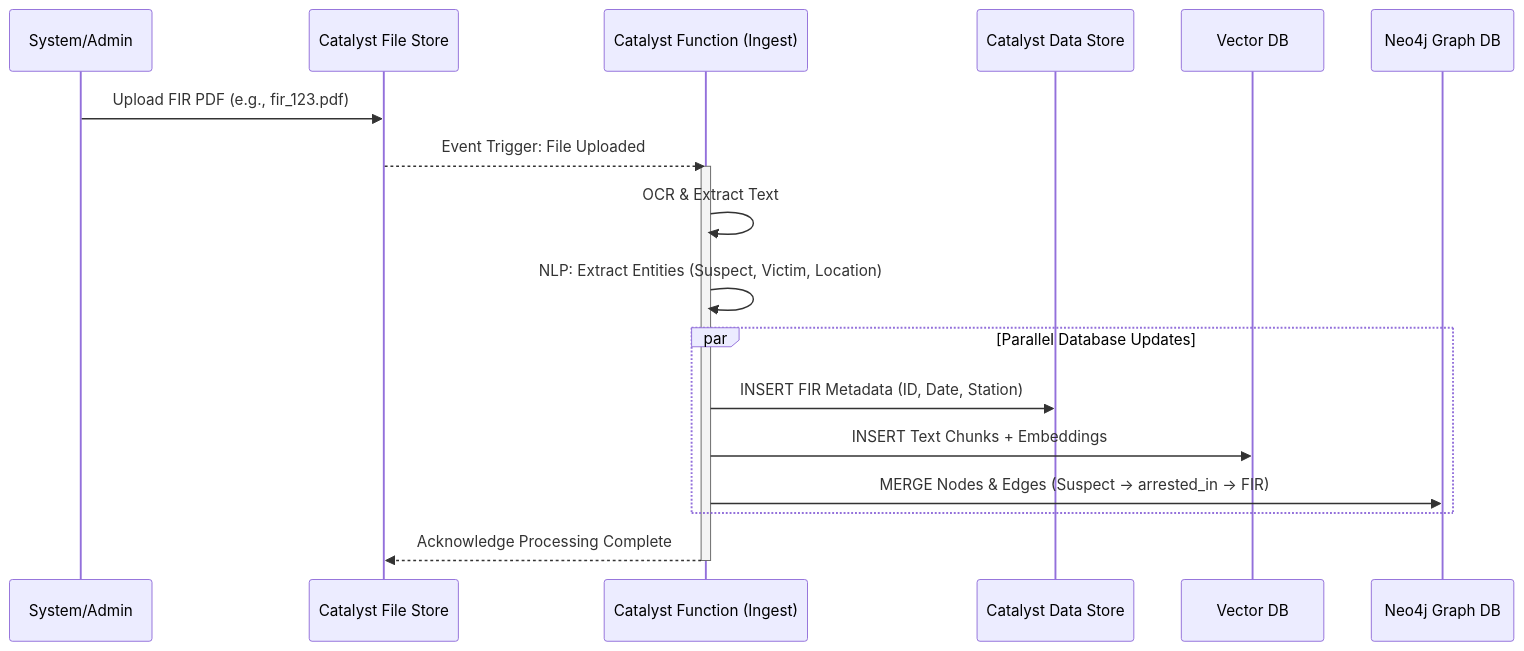
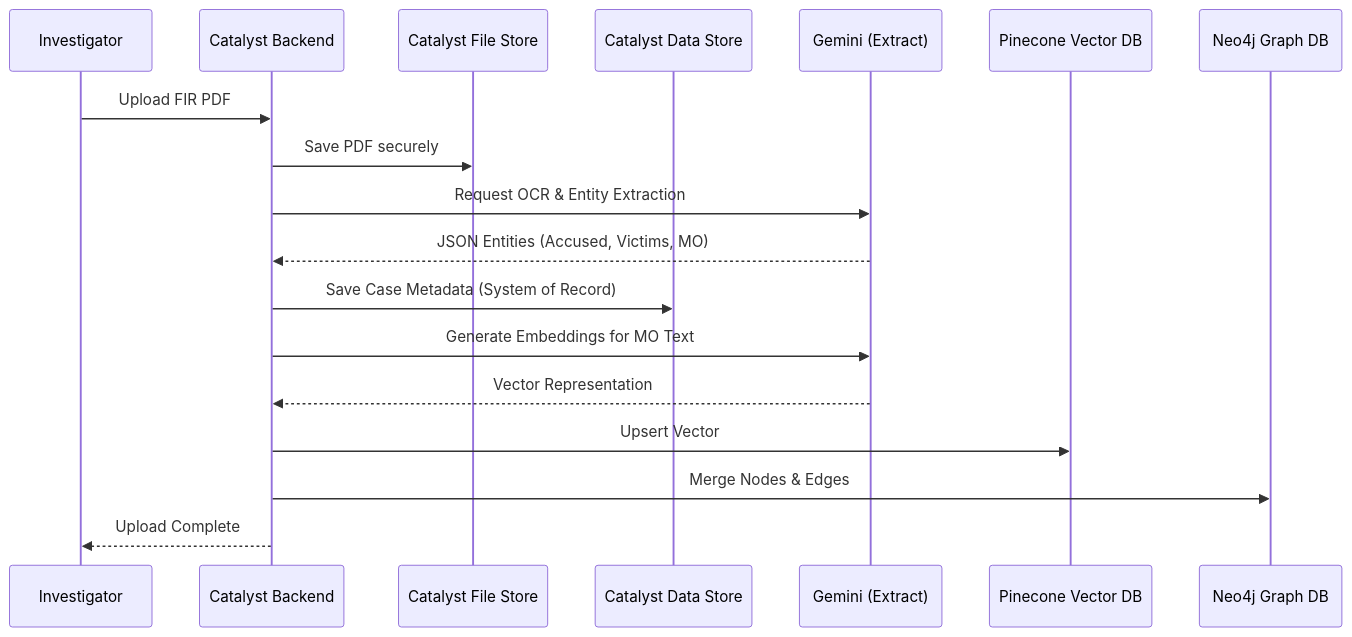
One commit to ayushrai1235/Crimegpt changed the first of 3 diagrams in docs/02-SystemDesign/DataFlow.md. Above: the diagram before and after it, drawn with Mermaid. The commit also changed other lines of this file and 55 other files, not shown here.

````diff
--- a/docs/02-SystemDesign/DataFlow.md
+++ b/docs/02-SystemDesign/DataFlow.md
@@ -12,24 +15,21 @@
 ```mermaid
 sequenceDiagram
-    participant Admin as System/Admin
-    participant FS as Catalyst File Store
-    participant CF_Ingest as Catalyst Function (Ingest)
-    participant DS as Catalyst Data Store
-    participant VDB as Vector DB
-    participant GDB as Neo4j Graph DB
-
-    Admin->>FS: Upload FIR PDF (e.g., fir_123.pdf)
-    FS-->>CF_Ingest: Event Trigger: File Uploaded
-    activate CF_Ingest
-    CF_Ingest->>CF_Ingest: OCR & Extract Text
-    CF_Ingest->>CF_Ingest: NLP: Extract Entities (Suspect, Victim, Location)
+    participant User as Investigator
+    participant Catalyst as Catalyst Backend
+    participant FileStore as Catalyst File Store
+    participant DB as Catalyst Data Store
+    participant Gemini as Gemini (Extract)
+    participant Pinecone as Pinecone Vector DB
+    participant Neo4j as Neo4j Graph DB
     
-    par Parallel Database Updates
-        CF_Ingest->>DS: INSERT FIR Metadata (ID, Date, Station)
-        CF_Ingest->>VDB: INSERT Text Chunks + Embeddings
-        CF_Ingest->>GDB: MERGE Nodes & Edges (Suspect -> arrested_in -> FIR)
-    end
-    
-    CF_Ingest-->>FS: Acknowledge Processing Complete
-    deactivate CF_Ingest
+    User->>Catalyst: Upload FIR PDF
+    Catalyst->>FileStore: Save PDF securely
+    Catalyst->>Gemini: Request OCR & Entity Extraction
+    Gemini-->>Catalyst: JSON Entities (Accused, Victims, MO)
+    Catalyst->>DB: Save Case Metadata (System of Record)
+    Catalyst->>Gemini: Generate Embeddings for MO Text
+    Gemini-->>Catalyst: Vector Representation
+    Catalyst->>Pinecone: Upsert Vector
+    Catalyst->>Neo4j: Merge Nodes & Edges
+    Catalyst-->>User: Upload Complete
 ```
````
